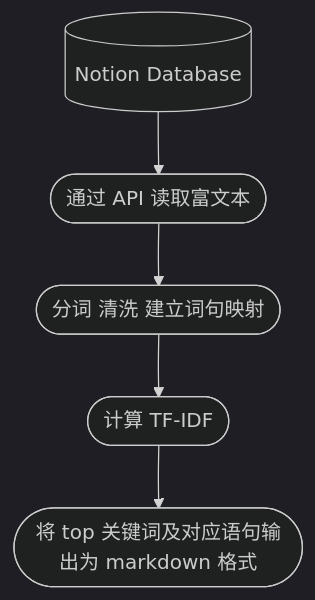
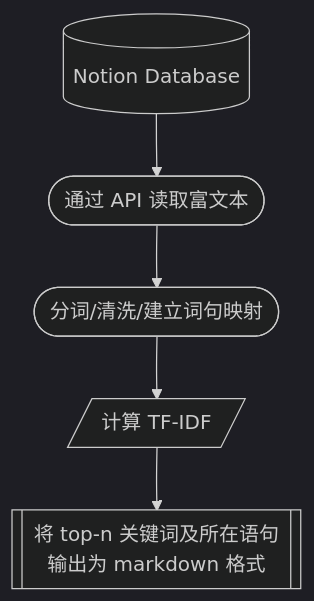
The diagram in README.zh.md (dario-github/notion-nlp), drawn with Mermaid (dark theme) before and after one commit. The commit also changed other lines of this file and 16 other files, not shown here.

````diff
--- a/README.zh.md
+++ b/README.zh.md
@@ -12,5 +33,5 @@
 ```mermaid
 flowchart TB
 
-A[(Notion Database)] --> B([通过 API 读取富文本]) --> C([分词 清洗 建立词句映射]) --> D([计算 TF-IDF]) --> E([将 top 关键词及对应语句输出为 markdown 格式])
+A[(Notion Database)] --> B([通过 API 读取富文本]) --> C([分词/清洗/建立词句映射]) --> D[/计算 TF-IDF/] --> E[[将 top-n 关键词及所在语句输出为 markdown 格式]]
 ```
````
